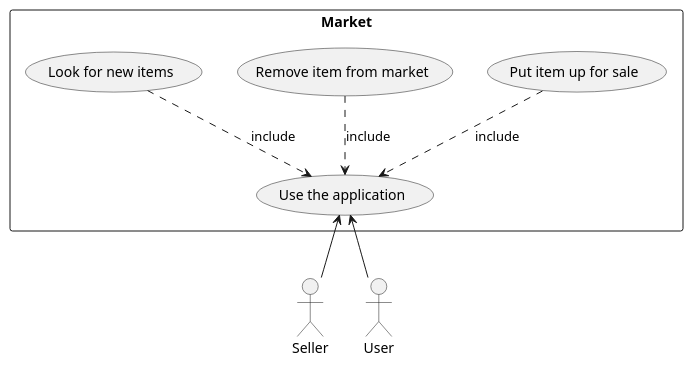
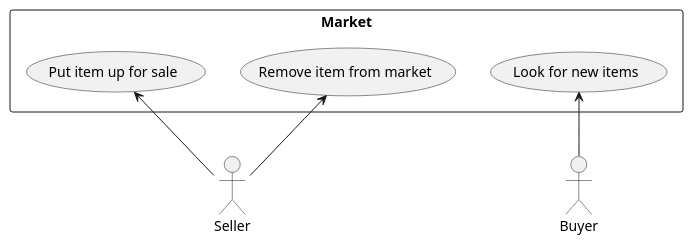
The diagram in Docs/UseCaseDiagram.puml (asmadsen/LottasFleaMarket), drawn with PlantUML before and after one commit. The commit also changed 13 other files, not shown here.

Commit message:
📝 Written Class Diagram

```diff
--- a/Docs/UseCaseDiagram.puml
+++ b/Docs/UseCaseDiagram.puml
@@ -1,19 +1,14 @@
 @startuml
-:Seller: as Seller
-
 rectangle Market {
-    (Use the application) as (Use)
     (Put item up for sale) as (sell)
     (Remove item from market) as (sold)
     (Look for new items) as (observe)
-    (sell) ..> (Use) : include
-    (sold) ..> (Use) : include
-    (observe) ..> (Use) : include
 }
 
-User -up-> (Use)
+Buyer -up-> (observe)
 
-Seller -up-> (Use)
+Seller -up-> (sell)
+Seller -up-> (sold)
 
 
 @enduml
```
